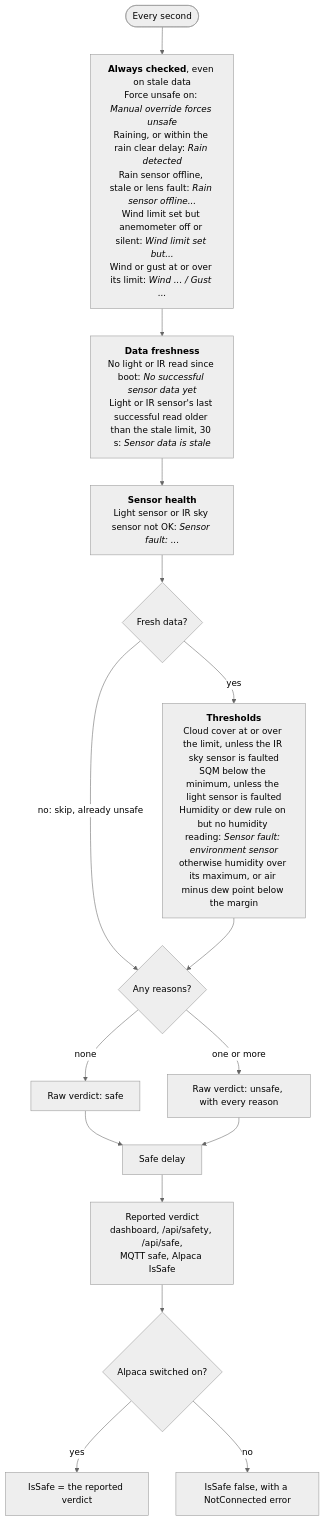
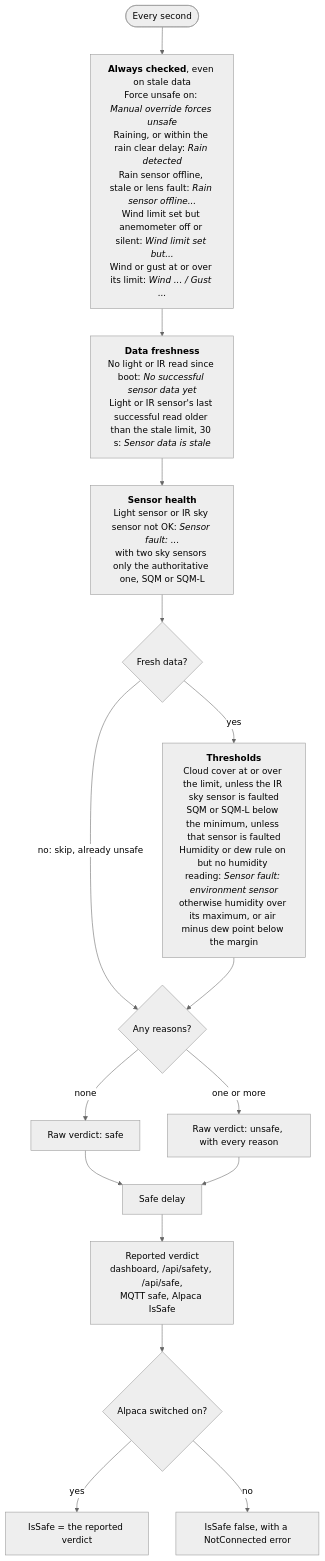
Before and after one commit to DeanJ87/SQMeter: the second of 3 diagrams in docs/user-guide/alpaca.md, drawn with Mermaid (neutral theme). The commit also changed other lines of this file and 169 other files, not shown here.

First line of the commit message:
feat: two sky sensors, SQM and SQM-L (spec 030, v0.4 alpha) (#155)

````diff
--- a/docs/user-guide/alpaca.md
+++ b/docs/user-guide/alpaca.md
@@ -147,21 +147,21 @@
 ```mermaid
 flowchart TB
     accTitle: How the safety verdict is decided
     accDescr: Every second all enabled rules are checked and each failing rule adds a reason. Rain and wind are always checked, then data freshness and sensor health; the threshold rules only run on fresh data. Any reason makes the raw verdict unsafe, which then passes through the safe delay.
     START(["Every second"]) --> ALWAYS
     ALWAYS["<b>Always checked</b>, even on stale data<br/>Force unsafe on: <i>Manual override forces unsafe</i><br/>Raining, or within the rain clear delay: <i>Rain detected</i><br/>Rain sensor offline, stale or lens fault: <i>Rain sensor offline...</i><br/>Wind limit set but anemometer off or silent: <i>Wind limit set but...</i><br/>Wind or gust at or over its limit: <i>Wind ... / Gust ...</i>"]
     ALWAYS --> FRESHNESS["<b>Data freshness</b><br/>No light or IR read since boot: <i>No successful sensor data yet</i><br/>Light or IR sensor's last successful read older than the stale limit, 30 s: <i>Sensor data is stale</i>"]
-    FRESHNESS --> HEALTH["<b>Sensor health</b><br/>Light sensor or IR sky sensor not OK: <i>Sensor fault: ...</i>"]
+    FRESHNESS --> HEALTH["<b>Sensor health</b><br/>Light sensor or IR sky sensor not OK: <i>Sensor fault: ...</i><br/>with two sky sensors only the authoritative one, SQM or SQM-L"]
     HEALTH --> FRESH{"Fresh data?"}
-    FRESH -->|yes| THRESHOLDS["<b>Thresholds</b><br/>Cloud cover at or over the limit, unless the IR sky sensor is faulted<br/>SQM below the minimum, unless the light sensor is faulted<br/>Humidity or dew rule on but no humidity reading: <i>Sensor fault: environment sensor</i><br/>otherwise humidity over its maximum, or air minus dew point below the margin"]
+    FRESH -->|yes| THRESHOLDS["<b>Thresholds</b><br/>Cloud cover at or over the limit, unless the IR sky sensor is faulted<br/>SQM or SQM-L below the minimum, unless that sensor is faulted<br/>Humidity or dew rule on but no humidity reading: <i>Sensor fault: environment sensor</i><br/>otherwise humidity over its maximum, or air minus dew point below the margin"]
     FRESH -->|"no: skip, already unsafe"| ANY
     THRESHOLDS --> ANY{"Any reasons?"}
     ANY -->|none| RAWSAFE["Raw verdict: safe"]
     ANY -->|one or more| RAWUNSAFE["Raw verdict: unsafe, with every reason"]
     RAWSAFE --> DELAY["Safe delay"]
     RAWUNSAFE --> DELAY
     DELAY --> REPORTED["Reported verdict<br/>dashboard, /api/safety, /api/safe,<br/>MQTT safe, Alpaca IsSafe"]
     REPORTED --> ALPACA{"Alpaca switched on?"}
     ALPACA -->|yes| ISSAFE["IsSafe = the reported verdict"]
     ALPACA -->|no| NOTCONNECTED["IsSafe false, with a NotConnected error"]
 ```
````
